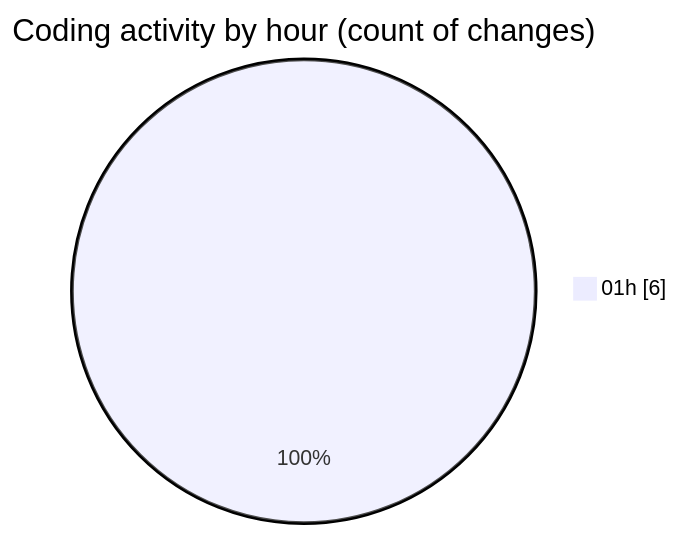
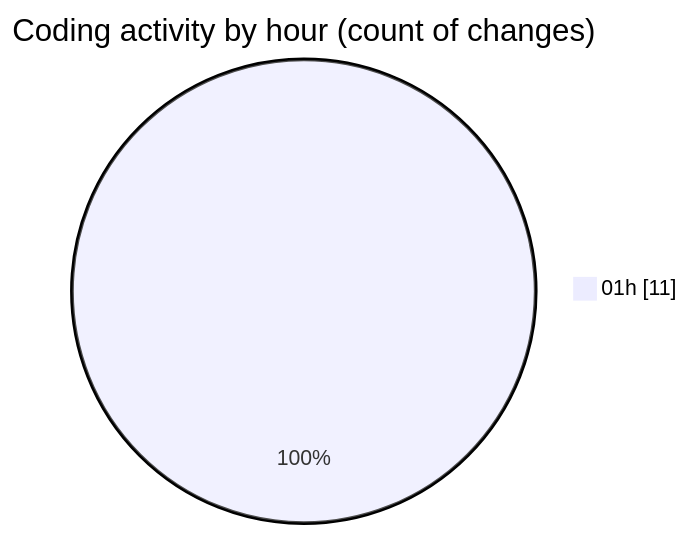
One commit to lephambinh05/code-tracking changed the second of 2 diagrams in 2025-09-17/quytuthien_vn/README.md. Above: the diagram before and after it, drawn with Mermaid. The commit also changed other lines of this file and 1 other file, not shown here.

````diff
--- a/2025-09-17/quytuthien_vn/README.md
+++ b/2025-09-17/quytuthien_vn/README.md
@@ -35,5 +39,5 @@
 ```mermaid
 pie showData
 title Coding activity by hour (count of changes)
-"01h" : 6
+"01h" : 11
 ```
````
